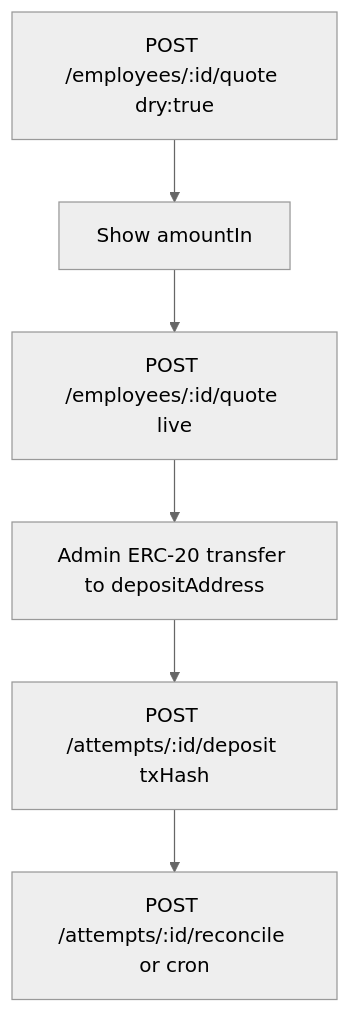
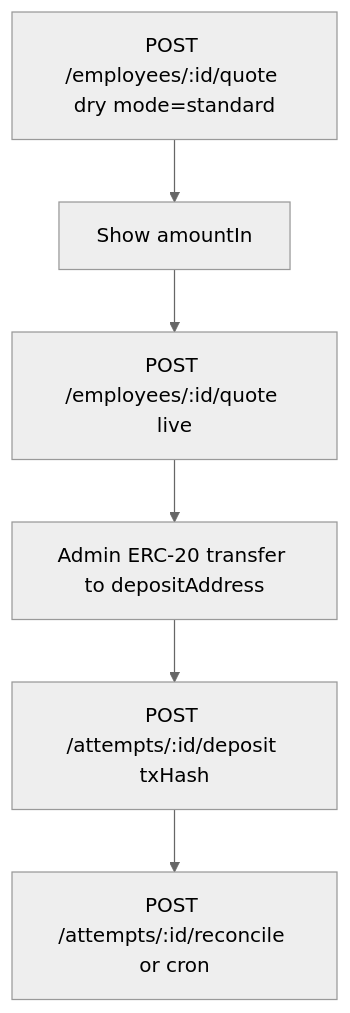
One commit to aidai524/SalaryFlow changed the third of 4 diagrams in docs/api.md. Above: the diagram before and after it, drawn with Mermaid (neutral theme). The commit also changed other lines of this file and 13 other files, not shown here.

First line of the commit message:
Add private payment flow and enhance payment execution

````diff
--- a/docs/api.md
+++ b/docs/api.md
@@ -103,8 +120,8 @@
 ```mermaid
 flowchart TD
-  dry["POST /employees/:id/quote dry:true"] --> preview[Show amountIn]
-  preview --> live["POST /employees/:id/quote live"]
-  live --> transfer[Admin ERC-20 transfer to depositAddress]
-  transfer --> deposit["POST /attempts/:id/deposit txHash"]
-  deposit --> reconcile["POST /attempts/:id/reconcile or cron"]
+  dryStd["POST /employees/:id/quote dry mode=standard"] --> previewStd[Show amountIn]
+  previewStd --> liveStd["POST /employees/:id/quote live"]
+  liveStd --> transferStd[Admin ERC-20 transfer to depositAddress]
+  transferStd --> depositStd["POST /attempts/:id/deposit txHash"]
+  depositStd --> reconcileStd["POST /attempts/:id/reconcile or cron"]
 ```
````
